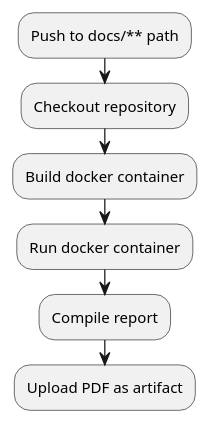
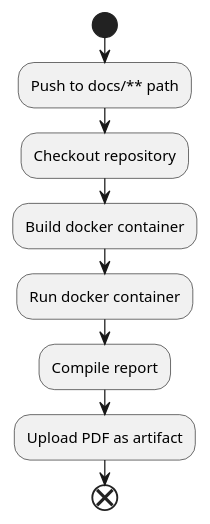
One commit to ITU-BDSA2024-GROUP14/Chirp changed the ninth of 10 diagrams in docs/report.md. Above: the diagram before and after it, drawn with PlantUML. The commit also changed other lines of this file, not shown here.

Commit message:
Add start and end on each activity diagram

````diff
--- a/docs/report.md
+++ b/docs/report.md
@@ -282,8 +284,10 @@
 ```plantuml
+start
 :Push to docs/** path;
 :Checkout repository;
 :Build docker container;
 :Run docker container;
 :Compile report;
 :Upload PDF as artifact;
+end
 ```
````
